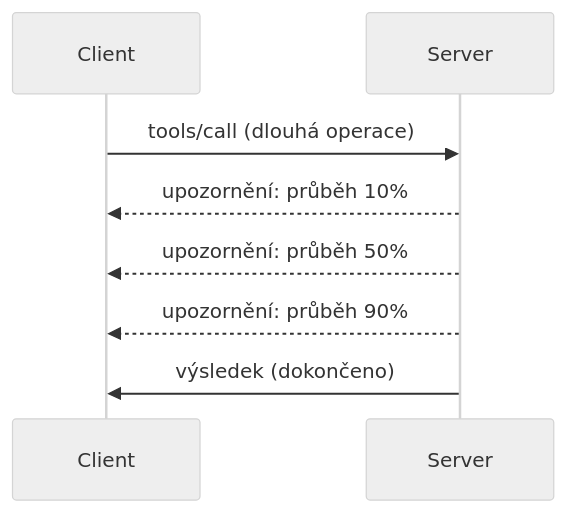
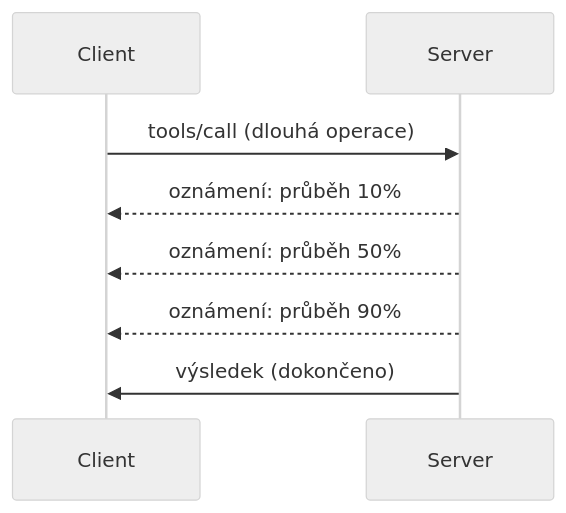
The diagram in mcp_ecosystem__model_context_protocol/mcp_learning_resources/mcp-for-beginners/translations/cs/05-AdvancedTopics/mcp-protocol-features/README.md (HIDORAKAI002/ai-workspace-archive), drawn with Mermaid (neutral theme) before and after one commit. The commit also changed other lines of this file and 1046 other files, not shown here.

````diff
--- a/mcp_ecosystem__model_context_protocol/mcp_learning_resources/mcp-for-beginners/translations/cs/05-AdvancedTopics/mcp-protocol-features/README.md
+++ b/mcp_ecosystem__model_context_protocol/mcp_learning_resources/mcp-for-beginners/translations/cs/05-AdvancedTopics/mcp-protocol-features/README.md
@@ -22,11 +24,11 @@
 ```mermaid
 sequenceDiagram
     participant Client
     participant Server
     
     Client->>Server: tools/call (dlouhá operace)
-    Server-->>Client: upozornění: průběh 10%
-    Server-->>Client: upozornění: průběh 50%
-    Server-->>Client: upozornění: průběh 90%
+    Server-->>Client: oznámení: průběh 10%
+    Server-->>Client: oznámení: průběh 50%
+    Server-->>Client: oznámení: průběh 90%
     Server->>Client: výsledek (dokončeno)
-```  
+```
````
